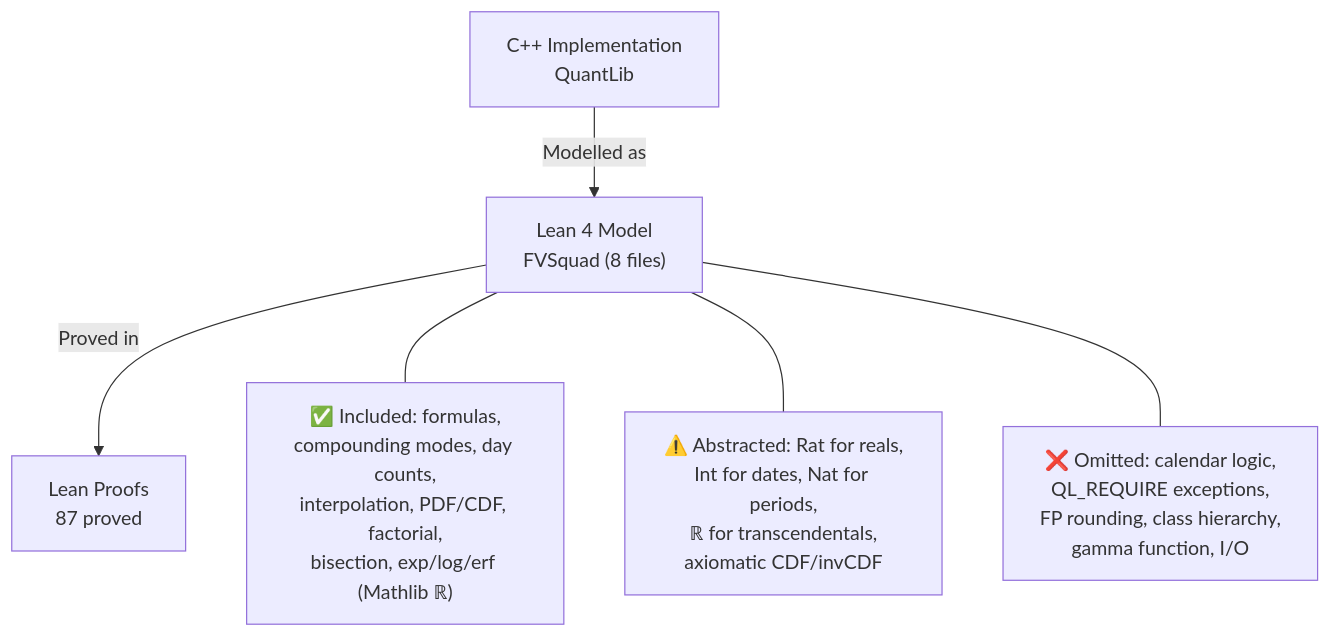
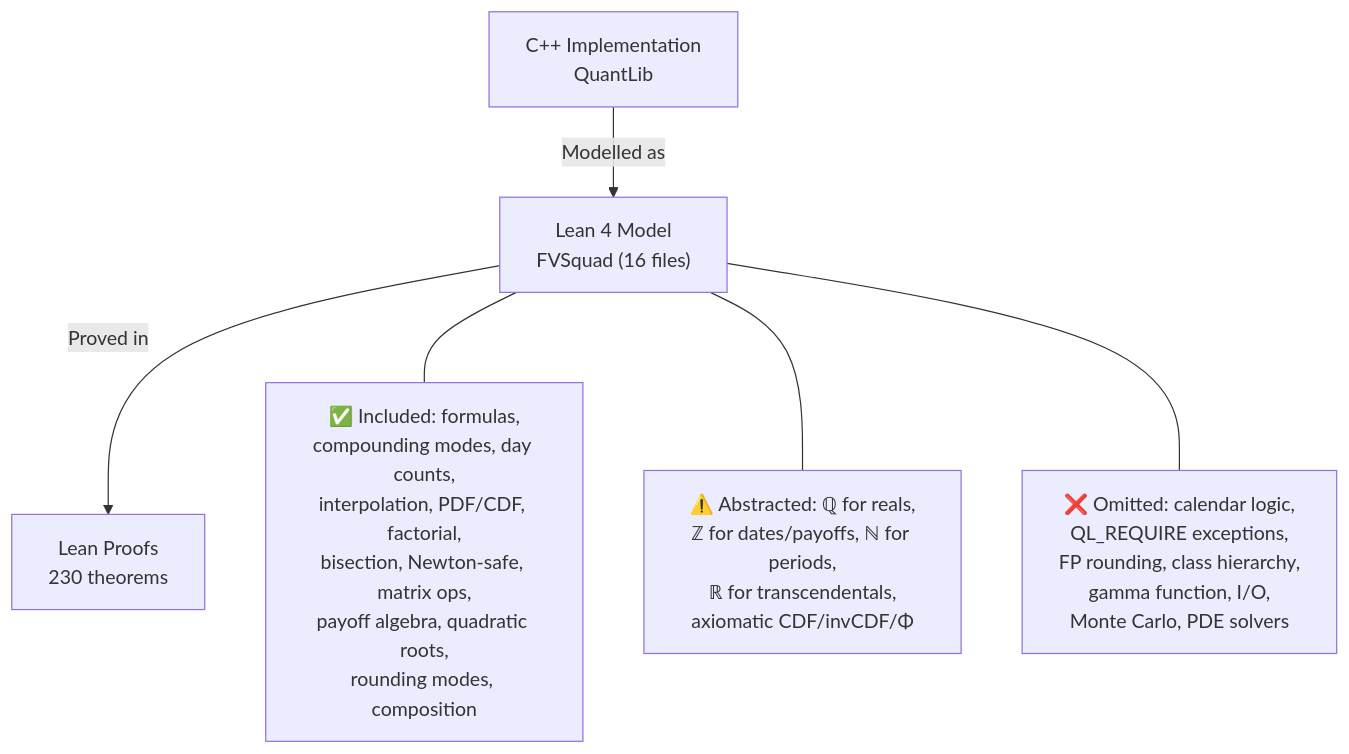
Before and after one commit to dsyme/QuantLib: diagram 16 of 17 in formal-verification/REPORT.md, drawn with Mermaid. The commit also changed other lines of this file and 2 other files, not shown here.

First line of the commit message:
feat(fv): add Rounding formal spec + update project report

````diff
--- a/formal-verification/REPORT.md
+++ b/formal-verification/REPORT.md
@@ -203,14 +313,14 @@
 ```mermaid
 graph TD
     REAL["C++ Implementation<br/>QuantLib"]
-    MODEL["Lean 4 Model<br/>FVSquad (8 files)"]
-    PROOF["Lean Proofs<br/>87 proved"]
+    MODEL["Lean 4 Model<br/>FVSquad (16 files)"]
+    PROOF["Lean Proofs<br/>230 theorems"]
     REAL -->|"Modelled as"| MODEL
     MODEL -->|"Proved in"| PROOF
-    NOTE1["✅ Included: formulas,<br/>compounding modes, day counts,<br/>interpolation, PDF/CDF, factorial,<br/>bisection, exp/log/erf (Mathlib ℝ)"]
-    NOTE2["⚠️ Abstracted: Rat for reals,<br/>Int for dates, Nat for periods,<br/>ℝ for transcendentals,<br/>axiomatic CDF/invCDF"]
-    NOTE3["❌ Omitted: calendar logic,<br/>QL_REQUIRE exceptions,<br/>FP rounding, class hierarchy,<br/>gamma function, I/O"]
+    NOTE1["✅ Included: formulas,<br/>compounding modes, day counts,<br/>interpolation, PDF/CDF, factorial,<br/>bisection, Newton-safe, matrix ops,<br/>payoff algebra, quadratic roots,<br/>rounding modes, composition"]
+    NOTE2["⚠️ Abstracted: ℚ for reals,<br/>ℤ for dates/payoffs, ℕ for periods,<br/>ℝ for transcendentals,<br/>axiomatic CDF/invCDF/Φ"]
+    NOTE3["❌ Omitted: calendar logic,<br/>QL_REQUIRE exceptions,<br/>FP rounding, class hierarchy,<br/>gamma function, I/O,<br/>Monte Carlo, PDE solvers"]
     MODEL --- NOTE1
     MODEL --- NOTE2
     MODEL --- NOTE3
 ```
````
